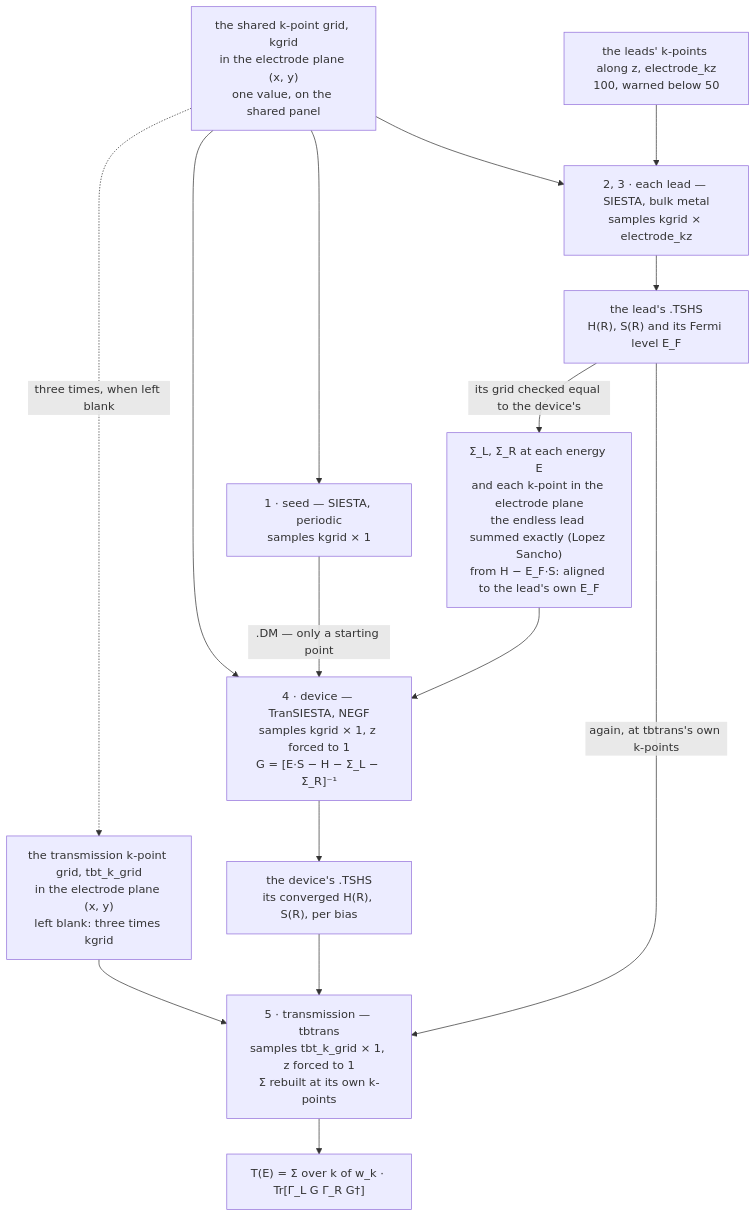
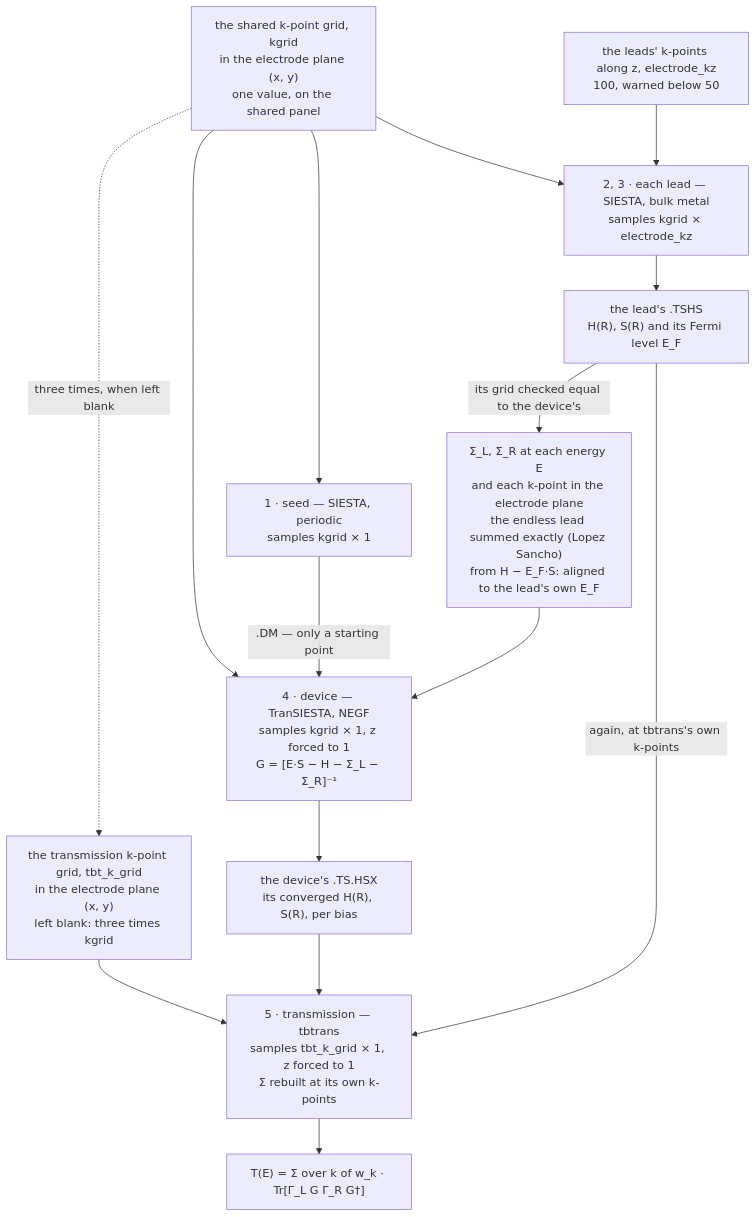
One commit to Qing-LAB/molbuilder changed the third of 12 diagrams in docs/engines/transport.md. Above: the diagram before and after it, drawn with Mermaid. The commit also changed other lines of this file and 54 other files, not shown here.

````diff
--- a/docs/engines/transport.md
+++ b/docs/engines/transport.md
@@ -163,28 +163,28 @@
 ```mermaid
 flowchart TD
     KG["the shared k-point grid, kgrid<br/>in the electrode plane (x, y)<br/>one value, on the shared panel"]
     KZ["the leads' k-points along z, electrode_kz<br/>100, warned below 50"]
     TK["the transmission k-point grid, tbt_k_grid<br/>in the electrode plane (x, y)<br/>left blank: three times kgrid"]
     SEED["1 · seed — SIESTA, periodic<br/>samples kgrid × 1"]
     LEAD["2, 3 · each lead — SIESTA, bulk metal<br/>samples kgrid × electrode_kz"]
     LH["the lead's .TSHS<br/>H(R), S(R) and its Fermi level E_F"]
     SE["Σ_L, Σ_R at each energy E<br/>and each k-point in the electrode plane<br/>the endless lead summed exactly (Lopez Sancho)<br/>from H − E_F·S: aligned to the lead's own E_F"]
     DEV["4 · device — TranSIESTA, NEGF<br/>samples kgrid × 1, z forced to 1<br/>G = [E·S − H − Σ_L − Σ_R]⁻¹"]
-    DH["the device's .TSHS<br/>its converged H(R), S(R), per bias"]
+    DH["the device's .TS.HSX<br/>its converged H(R), S(R), per bias"]
     TB["5 · transmission — tbtrans<br/>samples tbt_k_grid × 1, z forced to 1<br/>Σ rebuilt at its own k-points"]
     T["T(E) = Σ over k of w_k · Tr[Γ_L G Γ_R G†]"]
     KG --> SEED
     KG --> LEAD
     KG --> DEV
     KZ --> LEAD
     KG -. "three times, when left blank" .-> TK
     TK --> TB
     SEED -->|".DM — only a starting point"| DEV
     LEAD --> LH
     LH -->|"its grid checked equal to the device's"| SE
     SE --> DEV
     DEV --> DH
     DH --> TB
     LH -->|"again, at tbtrans's own k-points"| TB
     TB --> T
 ```
````
